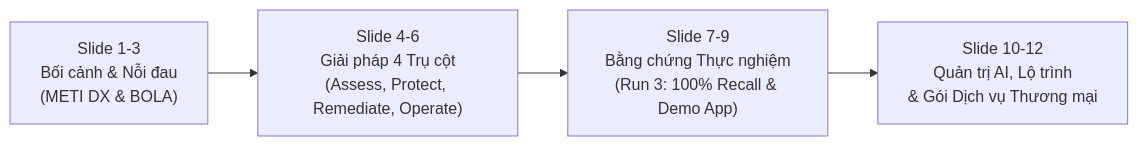
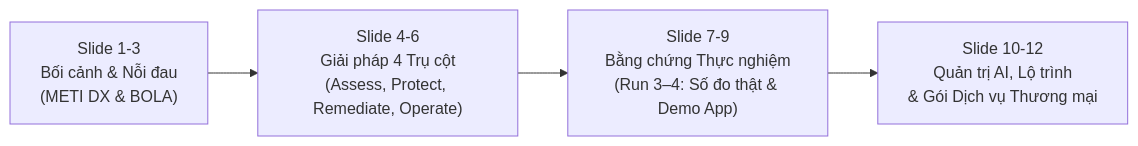
The first of 2 diagrams in docs/pitching-deck-sales-enablement-kit.md (hoanghainh1188/komagu), drawn with Mermaid before and after one commit. The commit also changed other lines of this file and 96 other files, not shown here.

````diff
--- a/docs/pitching-deck-sales-enablement-kit.md
+++ b/docs/pitching-deck-sales-enablement-kit.md
@@ -41,6 +41,6 @@
 ```mermaid
 flowchart LR
     S1["Slide 1-3\nBối cảnh & Nỗi đau\n(METI DX & BOLA)"] --> S2["Slide 4-6\nGiải pháp 4 Trụ cột\n(Assess, Protect, Remediate, Operate)"]
-    S2 --> S3["Slide 7-9\nBằng chứng Thực nghiệm\n(Run 3: 100% Recall & Demo App)"]
+    S2 --> S3["Slide 7-9\nBằng chứng Thực nghiệm\n(Run 3–4: Số đo thật & Demo App)"]
     S3 --> S4["Slide 10-12\nQuản trị AI, Lộ trình\n& Gói Dịch vụ Thương mại"]
 ```
````
